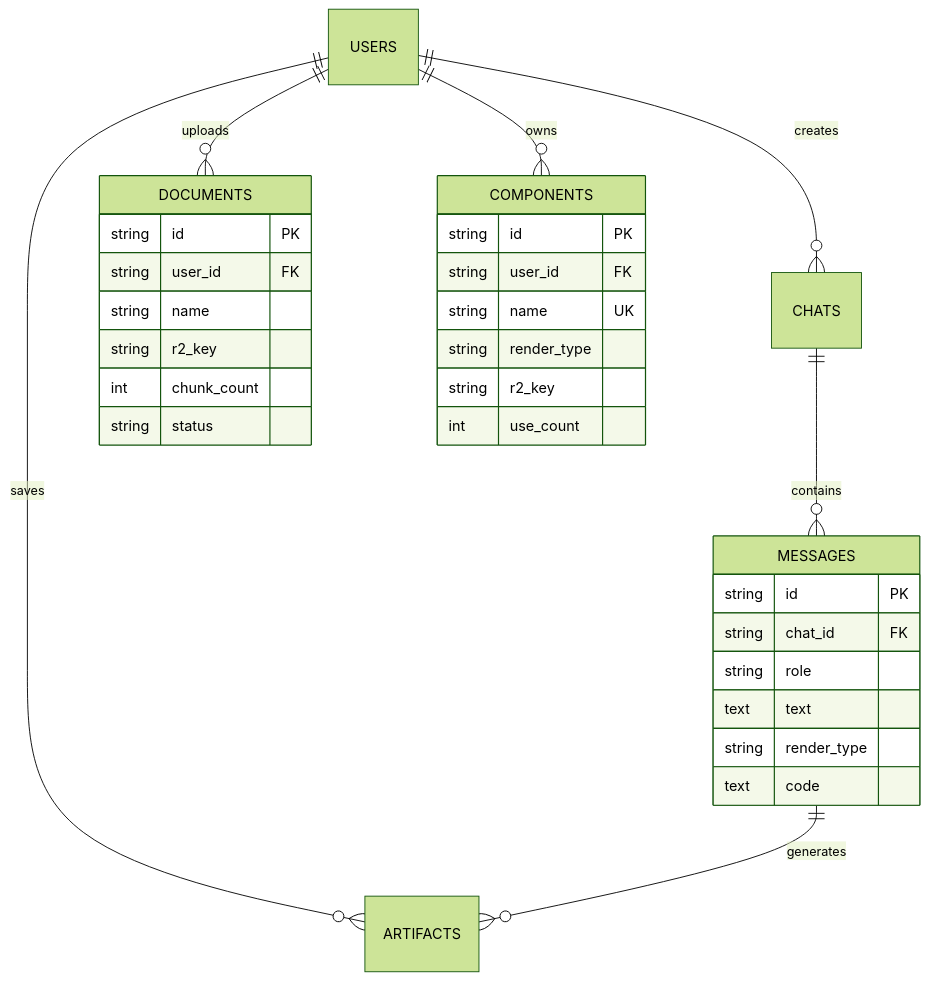
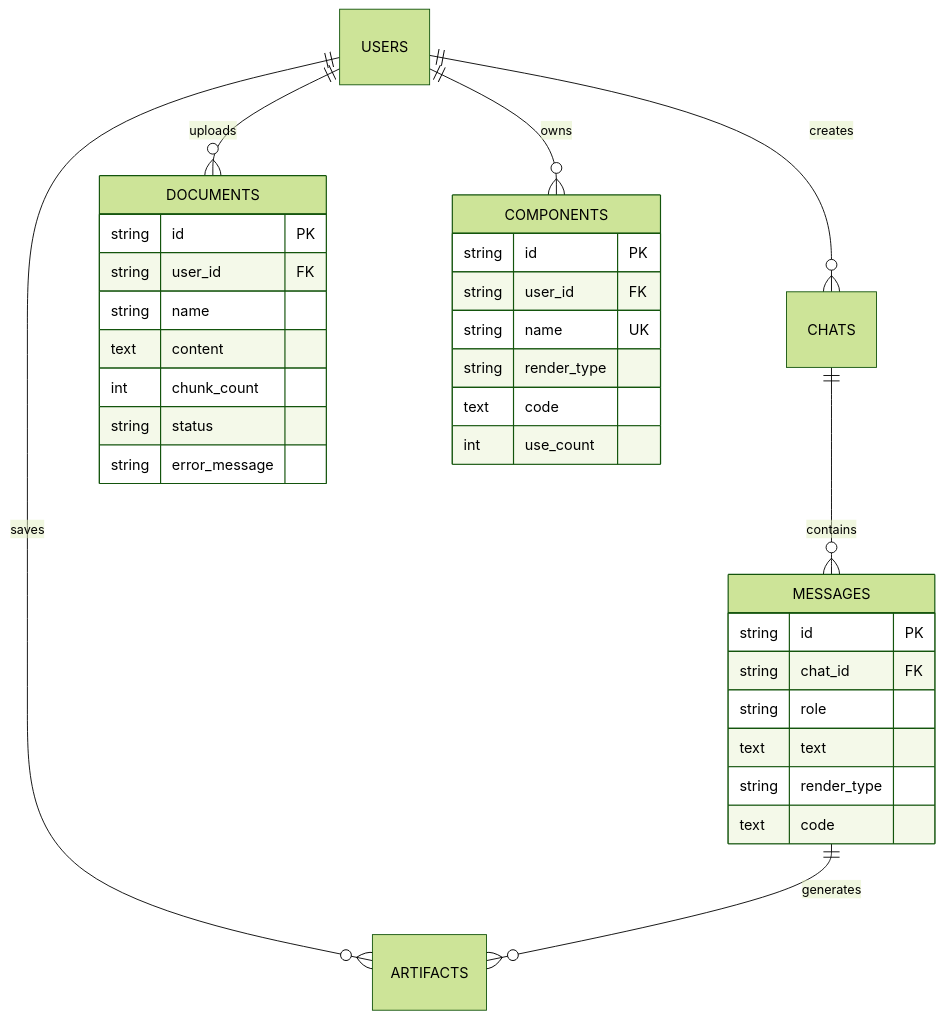
Before and after one commit to Nandan-D14/Generative-UI-chatbot: the seventh of 7 diagrams in README.md, drawn with Mermaid (forest theme). The commit also changed other lines of this file and 25 other files, not shown here.

````diff
--- a/README.md
+++ b/README.md
@@ -237,37 +239,38 @@
 ```mermaid
 erDiagram
     USERS ||--o{ CHATS : creates
     USERS ||--o{ DOCUMENTS : uploads
     USERS ||--o{ COMPONENTS : owns
     USERS ||--o{ ARTIFACTS : saves
     
     CHATS ||--o{ MESSAGES : contains
     MESSAGES ||--o{ ARTIFACTS : generates
     
     DOCUMENTS {
         string id PK
         string user_id FK
         string name
-        string r2_key
+        text content
         int chunk_count
         string status
+        string error_message
     }
     
     COMPONENTS {
         string id PK
         string user_id FK
         string name UK
         string render_type
-        string r2_key
+        text code
         int use_count
     }
     
     MESSAGES {
         string id PK
         string chat_id FK
         string role
         text text
         string render_type
         text code
     }
 ```
````
